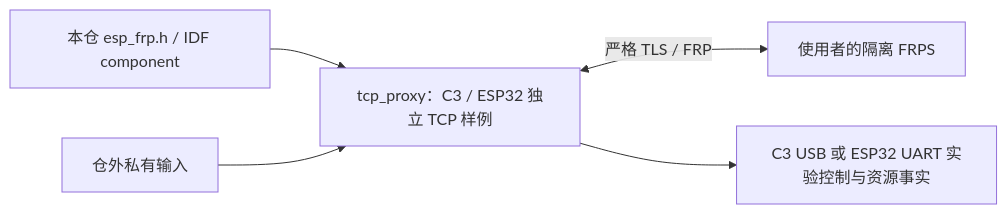
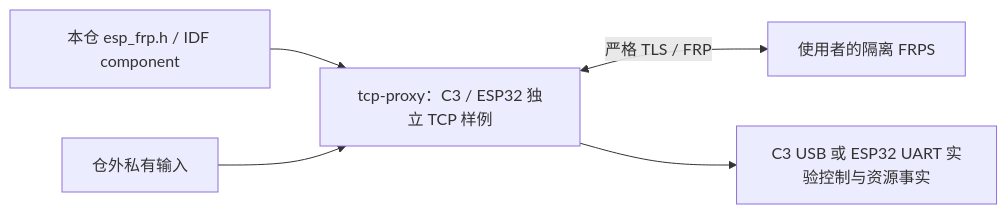
Before and after one commit to darren-you/esp-frp: the diagram in examples/README.md, drawn with Mermaid. The commit also changed other lines of this file and 21 other files, not shown here.

````diff
--- a/examples/README.md
+++ b/examples/README.md
@@ -7,7 +7,7 @@
 ```mermaid
 flowchart LR
-    library["本仓 esp_frp.h / IDF component"] --> sample["tcp_proxy：C3 / ESP32 独立 TCP 样例"]
+    library["本仓 esp_frp.h / IDF component"] --> sample["tcp-proxy：C3 / ESP32 独立 TCP 样例"]
     inputs["仓外私有输入"] --> sample
     sample <-->|"严格 TLS / FRP"| server["使用者的隔离 FRPS"]
     sample --> serial["C3 USB 或 ESP32 UART 实验控制与资源事实"]
 ```
````
